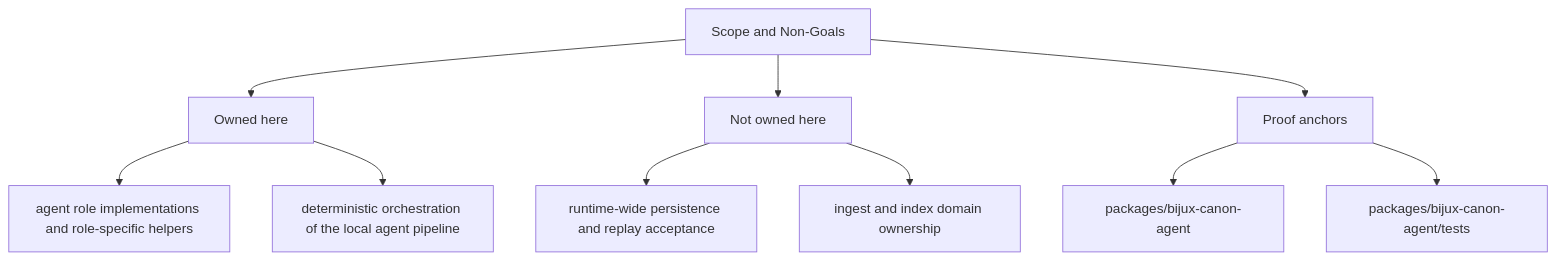
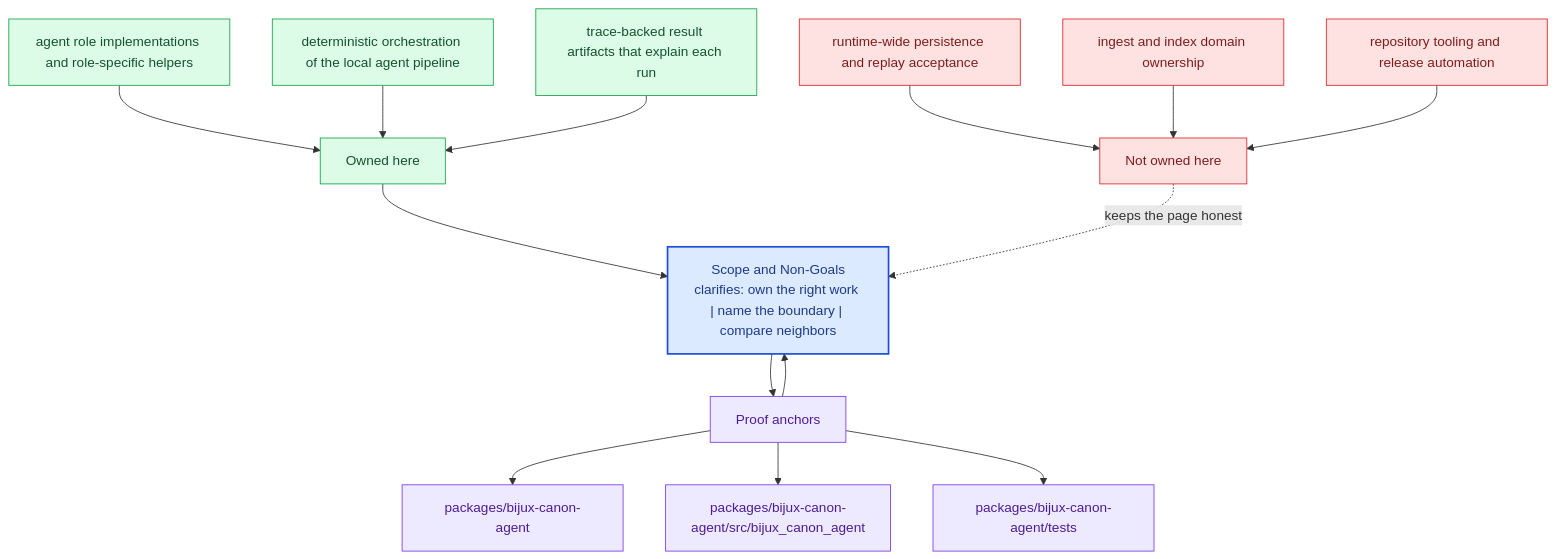
Before and after one commit to bijux/bijux-canon: the second of 2 diagrams in docs/bijux-canon-agent/foundation/scope-and-non-goals.md, drawn with Mermaid. The commit also changed other lines of this file and 281 other files, not shown here.

Commit message:
docs(diagrams): deepen handbook mermaid maps across the catalog

````diff
--- a/docs/bijux-canon-agent/foundation/scope-and-non-goals.md
+++ b/docs/bijux-canon-agent/foundation/scope-and-non-goals.md
@@ -36,22 +69,40 @@
 ```mermaid
-flowchart TD
-    page["Scope and Non-Goals"]
+flowchart TB
+    promise["Scope and Non-Goals<br/>clarifies: own the right work | name the boundary | compare neighbors"]
+    classDef promise fill:#dbeafe,stroke:#1d4ed8,color:#1e3a8a,stroke-width:2px;
+    classDef driver fill:#dcfce7,stroke:#16a34a,color:#14532d;
+    classDef constraint fill:#fee2e2,stroke:#dc2626,color:#7f1d1d;
+    classDef ground fill:#ede9fe,stroke:#7c3aed,color:#4c1d95;
     focus1["Owned here"]
-    page --> focus1
+    focus1 --> promise
     focus1_1["agent role implementations and role-specific helpers"]
-    focus1 --> focus1_1
+    focus1_1 --> focus1
     focus1_2["deterministic orchestration of the local agent pipeline"]
-    focus1 --> focus1_2
+    focus1_2 --> focus1
+    focus1_3["trace-backed result artifacts that explain each run"]
+    focus1_3 --> focus1
+    class focus1 driver;
+    class focus1_1,focus1_2,focus1_3 driver;
     focus2["Not owned here"]
-    page --> focus2
+    focus2 -.keeps the page honest.-> promise
     focus2_1["runtime-wide persistence and replay acceptance"]
-    focus2 --> focus2_1
+    focus2_1 --> focus2
     focus2_2["ingest and index domain ownership"]
-    focus2 --> focus2_2
+    focus2_2 --> focus2
+    focus2_3["repository tooling and release automation"]
+    focus2_3 --> focus2
+    class focus2 constraint;
+    class focus2_1,focus2_2,focus2_3 constraint;
     focus3["Proof anchors"]
-    page --> focus3
+    focus3 --> promise
+    promise --> focus3
     focus3_1["packages/bijux-canon-agent"]
     focus3 --> focus3_1
-    focus3_2["packages/bijux-canon-agent/tests"]
+    focus3_2["packages/bijux-canon-agent/src/bijux_canon_agent"]
     focus3 --> focus3_2
+    focus3_3["packages/bijux-canon-agent/tests"]
+    focus3 --> focus3_3
+    class focus3 ground;
+    class focus3_1,focus3_2,focus3_3 ground;
+    class promise promise;
 ```
````
